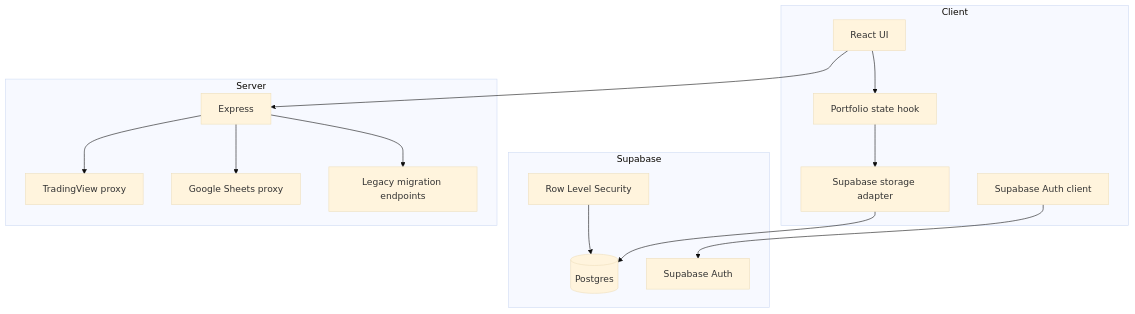
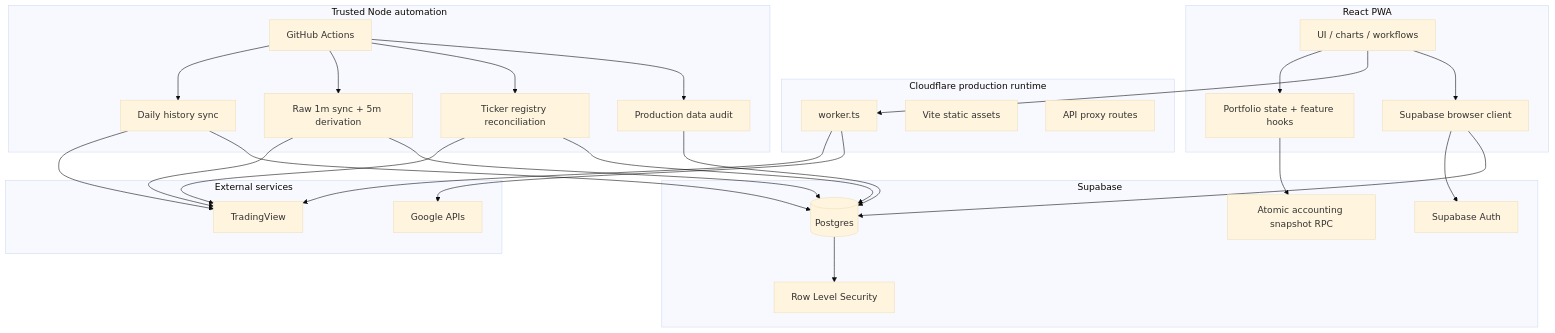
Before and after one commit to sherif007-noob/EGX-Portfolio: the first of 2 diagrams in docs/ARCHITECTURE.md, drawn with Mermaid (base theme). The commit also changed other lines of this file and 8 other files, not shown here.

Commit message:
docs: add master stabilization roadmap and current-truth index

````diff
--- a/docs/ARCHITECTURE.md
+++ b/docs/ARCHITECTURE.md
@@ -9,32 +13,55 @@
 ```mermaid
 flowchart TB
-    subgraph Client
-      UI[React UI]
-      State[Portfolio state hook]
-      Storage[Supabase storage adapter]
-      Auth[Supabase Auth client]
+    subgraph Client["React PWA"]
+      UI[UI / charts / workflows]
+      STATE[Portfolio state + feature hooks]
+      BROWSERDB[Supabase browser client]
     end
 
-    subgraph Supabase
+    subgraph Edge["Cloudflare production runtime"]
+      WORKER[worker.ts]
+      ASSETS[Vite static assets]
+      APIPROXY[API proxy routes]
+    end
+
+    subgraph Data["Supabase"]
+      AUTH[Supabase Auth]
       PG[(Postgres)]
       RLS[Row Level Security]
-      SA[Supabase Auth]
+      RPC[Atomic accounting snapshot RPC]
     end
 
-    subgraph Server
-      EX[Express]
-      TVP[TradingView proxy]
-      GSP[Google Sheets proxy]
-      LEG[Legacy migration endpoints]
+    subgraph Automation["Trusted Node automation"]
+      GH[GitHub Actions]
+      HIST[Daily history sync]
+      INTRA[Raw 1m sync + 5m derivation]
+      REG[Ticker registry reconciliation]
+      AUDIT[Production data audit]
     end
 
-    UI --> State
-    State --> Storage
-    Auth --> SA
-    Storage --> PG
-    RLS --> PG
-    UI --> EX
-    EX --> TVP
-    EX --> GSP
-    EX --> LEG
+    subgraph External["External services"]
+      TV[TradingView]
+      GS[Google APIs]
+    end
+
+    UI --> STATE
+    UI --> WORKER
+    UI --> BROWSERDB
+    BROWSERDB --> AUTH
+    BROWSERDB --> PG
+    PG --> RLS
+    STATE --> RPC
+    WORKER --> TV
+    WORKER --> GS
+    GH --> HIST
+    GH --> INTRA
+    GH --> REG
+    GH --> AUDIT
+    HIST --> TV
+    INTRA --> TV
+    REG --> TV
+    HIST --> PG
+    INTRA --> PG
+    REG --> PG
+    AUDIT --> PG
 ```
````
